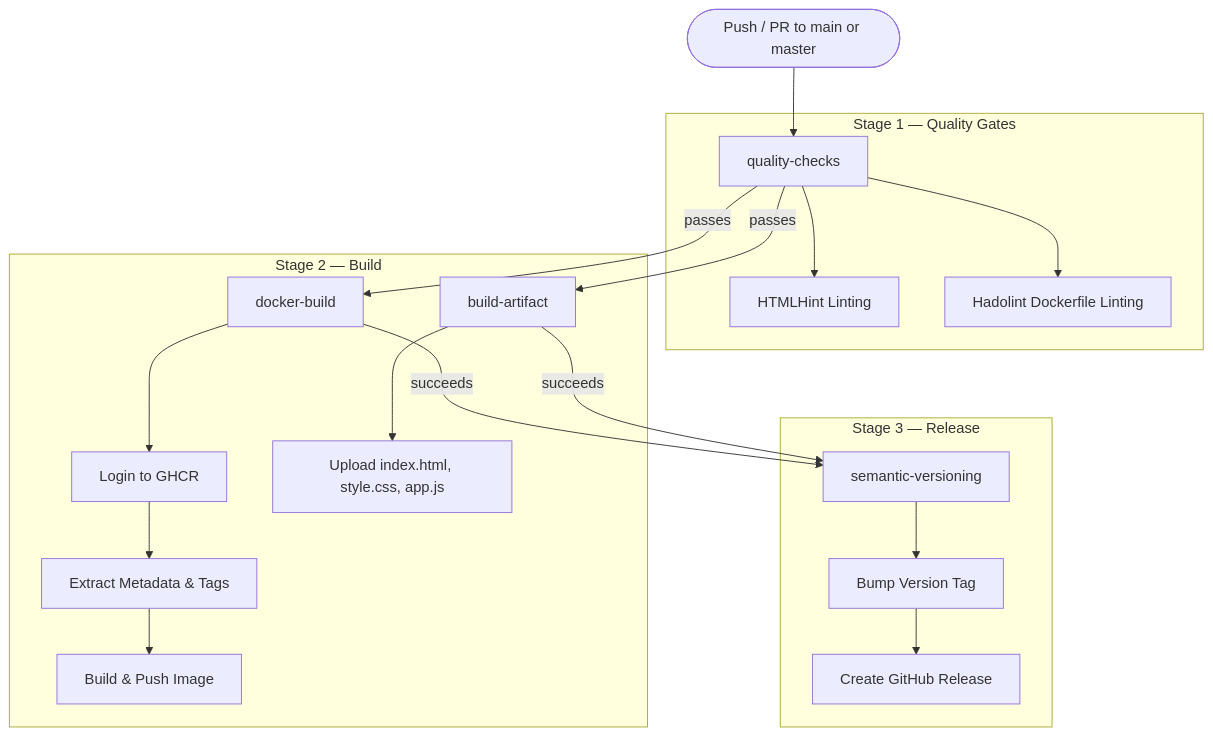
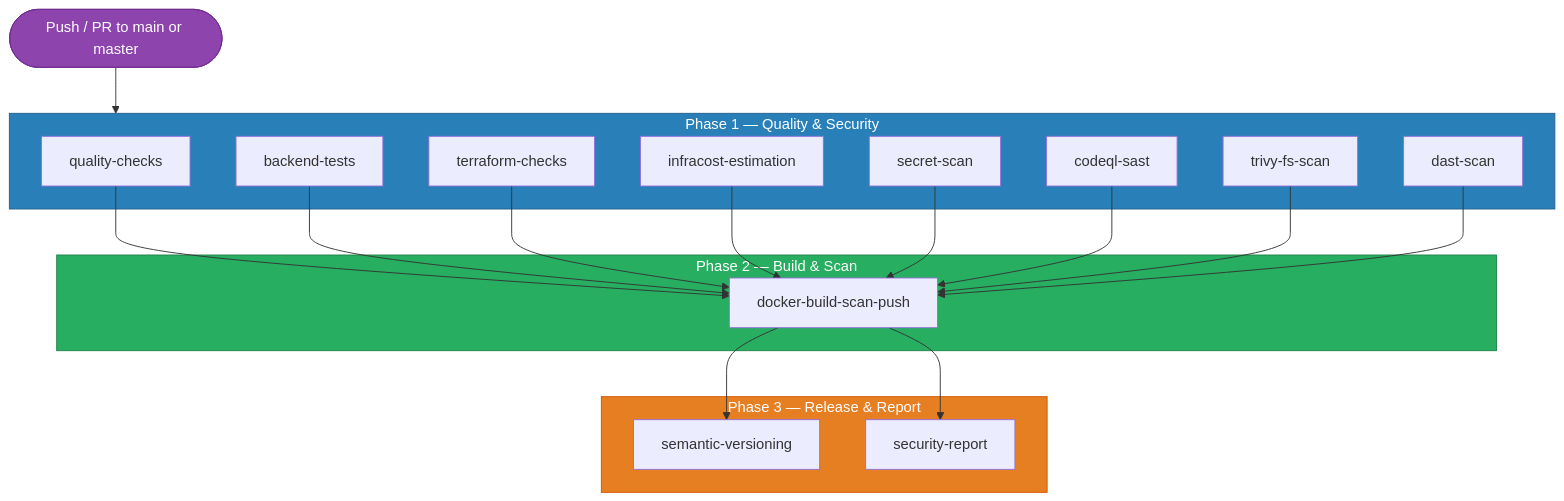
One commit to Kalpanapramodya97/consistium changed the diagram in docs/devops/unified-pipeline.md. Above: the diagram before and after it, drawn with Mermaid. The commit also changed other lines of this file and 5 other files, not shown here.

````diff
--- a/docs/devops/unified-pipeline.md
+++ b/docs/devops/unified-pipeline.md
@@ -15,37 +11,34 @@
 ```mermaid
 flowchart TD
     trigger(["Push / PR to main or master"])
 
-    subgraph quality ["Stage 1 — Quality Gates"]
+    subgraph phase1 ["Phase 1 — Quality & Security"]
         qc["quality-checks"]
-        qc_lint["HTMLHint Linting"]
-        qc_docker["Hadolint Dockerfile Linting"]
-        qc --> qc_lint
-        qc --> qc_docker
+        bt["backend-tests"]
+        tc["terraform-checks"]
+        ie["infracost-estimation"]
+        ss["secret-scan"]
+        sast["codeql-sast"]
+        fs["trivy-fs-scan"]
+        dast["dast-scan"]
     end
 
-    subgraph build ["Stage 2 — Build"]
-        docker["docker-build"]
-        docker_login["Login to GHCR"]
-        docker_meta["Extract Metadata & Tags"]
-        docker_push["Build & Push Image"]
-        docker --> docker_login --> docker_meta --> docker_push
-
-        artifact["build-artifact"]
-        artifact_upload["Upload index.html, style.css, app.js"]
-        artifact --> artifact_upload
+    subgraph phase2 ["Phase 2 — Build & Scan"]
+        docker["docker-build-scan-push"]
     end
 
-    subgraph release ["Stage 3 — Release"]
+    subgraph phase3 ["Phase 3 — Release & Report"]
         semver["semantic-versioning"]
-        semver_bump["Bump Version Tag"]
-        semver_release["Create GitHub Release"]
-        semver --> semver_bump --> semver_release
+        report["security-report"]
     end
 
-    trigger --> qc
-    qc -- "passes" --> docker
-    qc -- "passes" --> artifact
-    docker -- "succeeds" --> semver
-    artifact -- "succeeds" --> semver
+    trigger --> phase1
+    qc & bt & tc & ie & ss & sast & fs & dast --> docker
+    docker --> semver
+    docker --> report
+    
+    style trigger fill:#8e44ad,stroke:#732d91,color:#fff
+    style phase1 fill:#2980b9,stroke:#1f618d,color:#fff
+    style phase2 fill:#27ae60,stroke:#1e8449,color:#fff
+    style phase3 fill:#e67e22,stroke:#d35400,color:#fff
 ```
````
